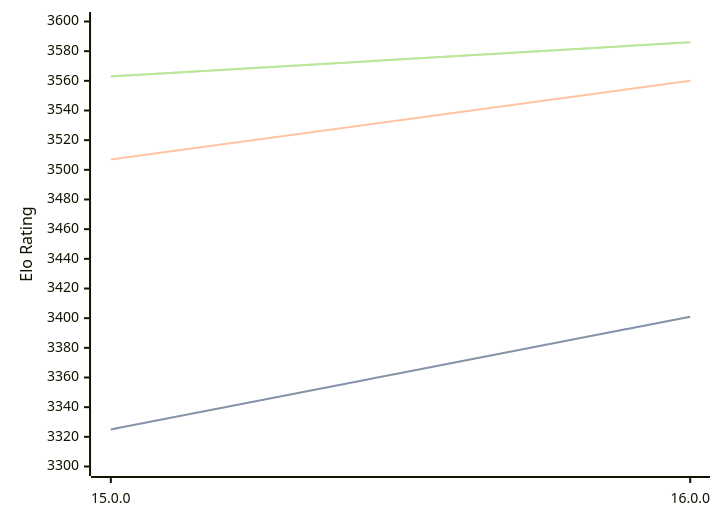
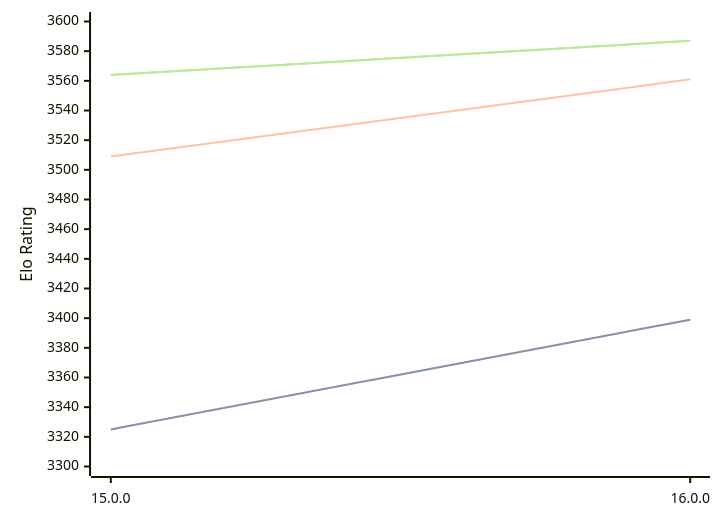
One commit to computer-chess-index/cci changed the diagram in engines/Halogen.md. Above: the diagram before and after it, drawn with Mermaid. The commit also changed other lines of this file, not shown here.

Commit message:
Update CCI Ratings (ELO VLTC) - 2026-04-19

````diff
--- a/engines/Halogen.md
+++ b/engines/Halogen.md
@@ -50,11 +50,11 @@
 ```mermaid
 %%{init: {"theme":"base","themeVariables":{"seriesColors:['#a3a3a3','#222221','#faa371']}}}%%
 xychart-beta
   x-axis ["15.0.0", "16.0.0"]
   y-axis "Elo Rating" 3300 --> 3600
-  line "STC (8.0+0.08s)" [3325, 3401]
-  line "STC (8.0+0.08s)" [3325, 3401]
-  line "LTC (60.0+0.60s)" [3507, 3560]
-  line "VLTC (2m24s+1.12s)" [3563, 3586]
-  line "VLTC (2m24s+1.12s)" [3563, 3586]
+  line "STC (8.0+0.08s)" [3325, 3399]
+  line "STC (8.0+0.08s)" [3325, 3399]
+  line "LTC (60.0+0.60s)" [3509, 3561]
+  line "VLTC (2m24s+1.12s)" [3564, 3587]
+  line "VLTC (2m24s+1.12s)" [3564, 3587]
 ```
````
